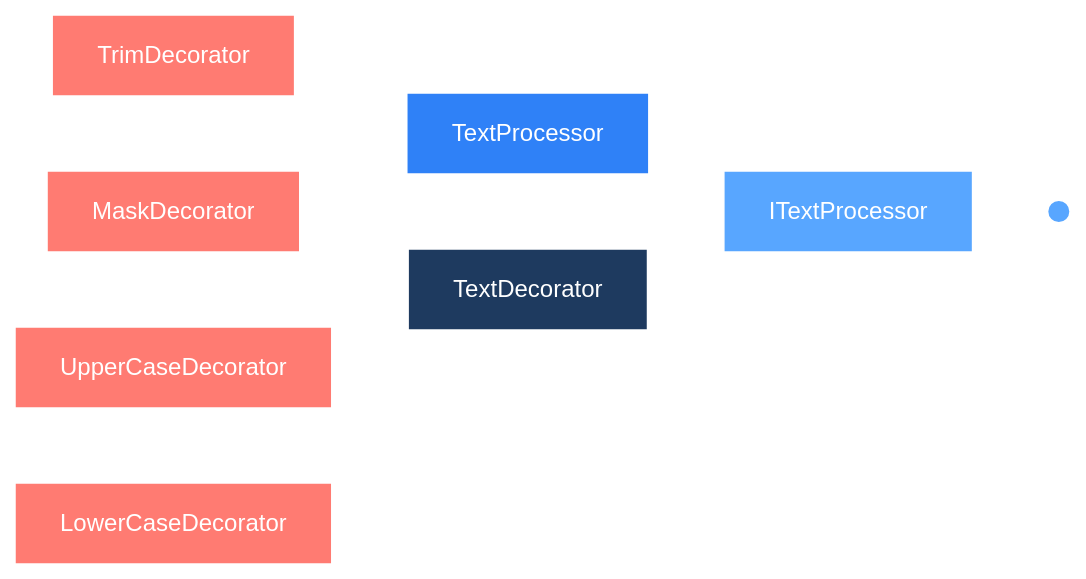
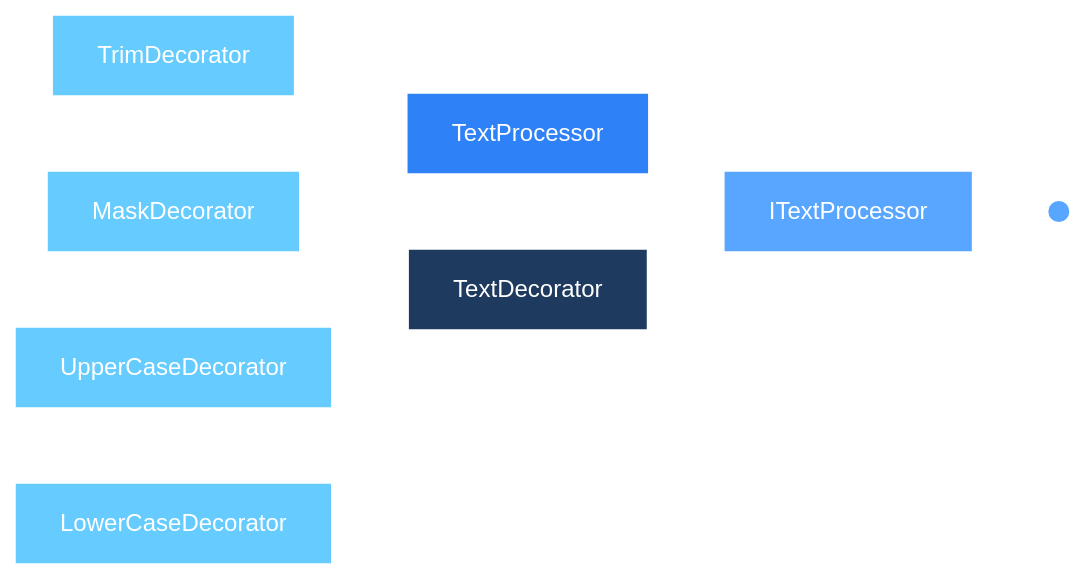
One commit to SreenathKarthick11/Text_Transformation_Pipeline changed the second of 2 diagrams in README.md. Above: the diagram before and after it, drawn with Mermaid. The commit also changed other lines of this file, not shown here.

````diff
--- a/README.md
+++ b/README.md
@@ -7,35 +65,35 @@
 ```mermaid
 graph LR
 
     I["ITextProcessor"]
     T["TextProcessor"]
     D["TextDecorator"]
 
     TR["TrimDecorator"]
     M["MaskDecorator"]
     U["UpperCaseDecorator"]
     L["LowerCaseDecorator"]
 
     O(( ))
 
     T -.-> I
     D -.-> I
     I ---O
 
     TR --> D
     M --> D
     U --> D
     L --> D
 
     style I fill:#58A6FF,color:#fff,stroke:#fff
     style O fill:#58A6FF,color:#fff,stroke:#fff
     style T fill:#2F81F7,color:#fff,stroke:#fff
     style D fill:#1E3A5F,color:#fff,stroke:#fff
-    style TR fill:#FF7B72,color:#fff,stroke:#fff
-    style M fill:#FF7B72,color:#fff,stroke:#fff
-    style U fill:#FF7B72,color:#fff,stroke:#fff
-    style L fill:#FF7B72,color:#fff,stroke:#fff
+    style TR fill:#6cf,color:#fff,stroke:#fff
+    style M fill:#6cf,color:#fff,stroke:#fff
+    style U fill:#6cf,color:#fff,stroke:#fff
+    style L fill:#6cf,color:#fff,stroke:#fff
 
     linkStyle default stroke:#ffffff
 
 ```
````
